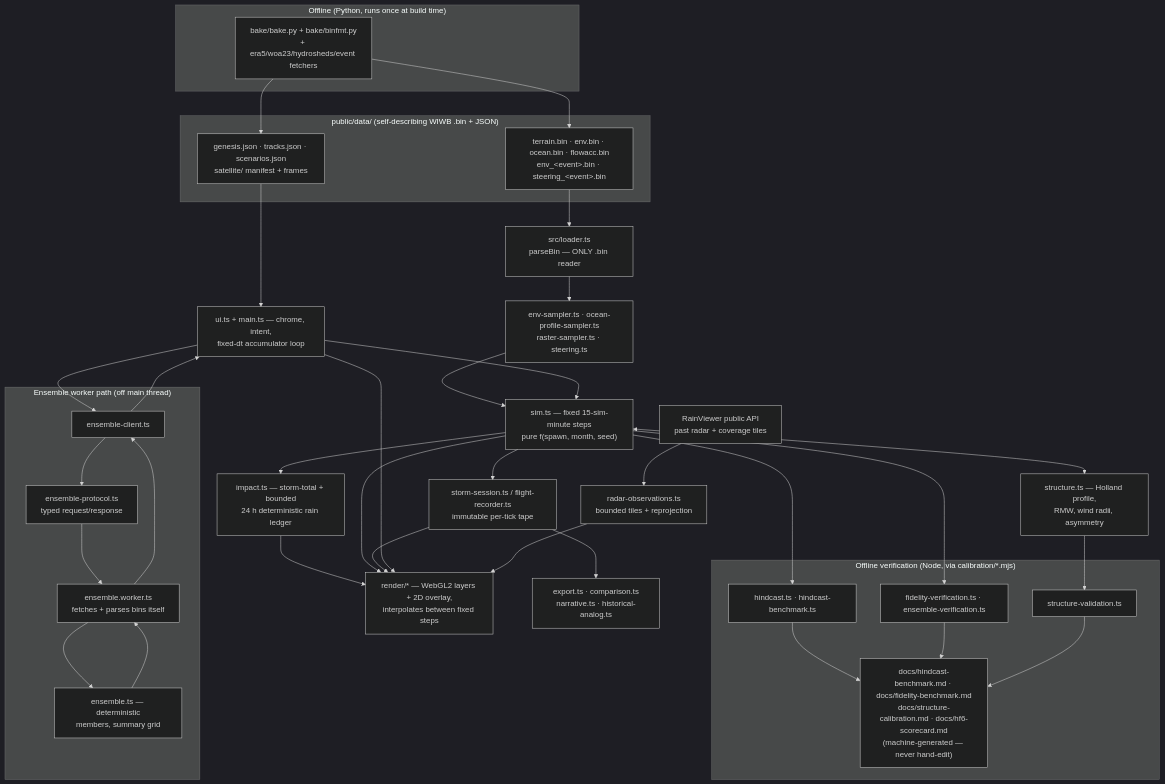
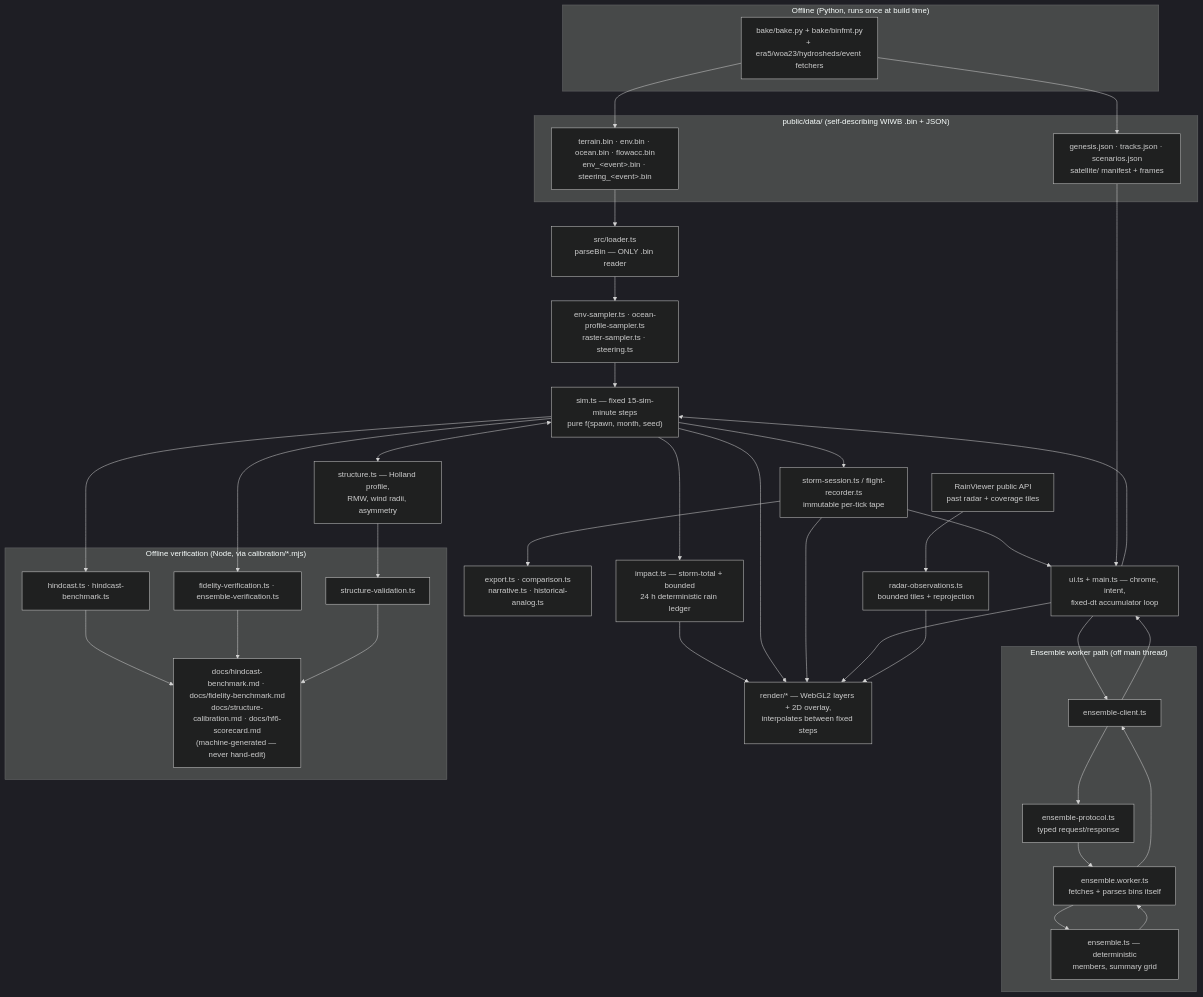
The diagram in docs/architecture.md (NasserAlbusaidi/wallah-its-windy), drawn with Mermaid (dark theme) before and after one commit. The commit also changed other lines of this file and 6 other files, not shown here.

````diff
--- a/docs/architecture.md
+++ b/docs/architecture.md
@@ -27,59 +27,60 @@
 ```mermaid
 flowchart TD
   subgraph offline["Offline (Python, runs once at build time)"]
     BAKE["bake/bake.py + bake/binfmt.py<br/>+ era5/woa23/hydrosheds/event fetchers"]
   end
 
   subgraph assets["public/data/ (self-describing WIWB .bin + JSON)"]
     BINS["terrain.bin · env.bin · ocean.bin · flowacc.bin<br/>env_&lt;event&gt;.bin · steering_&lt;event&gt;.bin"]
     JSONS["genesis.json · tracks.json · scenarios.json<br/>satellite/ manifest + frames"]
   end
 
   LOADER["src/loader.ts<br/>parseBin — ONLY .bin reader"]
   SAMPLERS["env-sampler.ts · ocean-profile-sampler.ts<br/>raster-sampler.ts · steering.ts"]
   SIM["sim.ts — fixed 15-sim-minute steps<br/>pure f(spawn, month, seed)"]
   STRUCT["structure.ts — Holland profile,<br/>RMW, wind radii, asymmetry"]
   TAPE["storm-session.ts / flight-recorder.ts<br/>immutable per-tick tape"]
   RENDER["render/* — WebGL2 layers + 2D overlay,<br/>interpolates between fixed steps"]
   UI["ui.ts + main.ts — chrome, intent,<br/>fixed-dt accumulator loop"]
   IMPACT["impact.ts — storm-total + bounded<br/>24 h deterministic rain ledger"]
   RADARAPI["RainViewer public API<br/>past radar + coverage tiles"]
   RADARBOUNDARY["radar-observations.ts<br/>bounded tiles + reprojection"]
   DOWNSTREAM["export.ts · comparison.ts<br/>narrative.ts · historical-analog.ts"]
 
   BAKE --> BINS
   BAKE --> JSONS
   BINS --> LOADER --> SAMPLERS --> SIM
   SIM <--> STRUCT
   SIM --> TAPE --> DOWNSTREAM
   SIM --> IMPACT
   IMPACT --> RENDER
   SIM --> RENDER
   TAPE --> RENDER
+  TAPE --> UI
   JSONS --> UI
   UI --> SIM
   UI --> RENDER
   RADARAPI --> RADARBOUNDARY --> RENDER
 
   subgraph worker["Ensemble worker path (off main thread)"]
     CLIENT["ensemble-client.ts"]
     PROTO["ensemble-protocol.ts<br/>typed request/response"]
     WORKER["ensemble.worker.ts<br/>fetches + parses bins itself"]
     ENS["ensemble.ts — deterministic<br/>members, summary grid"]
   end
   UI --> CLIENT --> PROTO --> WORKER --> ENS
   ENS --> WORKER --> CLIENT --> UI
 
   subgraph verify["Offline verification (Node, via calibration/*.mjs)"]
     HIND["hindcast.ts · hindcast-benchmark.ts"]
     FID["fidelity-verification.ts · ensemble-verification.ts"]
     SVAL["structure-validation.ts"]
     REPORTS["docs/hindcast-benchmark.md · docs/fidelity-benchmark.md<br/>docs/structure-calibration.md · docs/hf6-scorecard.md<br/>(machine-generated — never hand-edit)"]
   end
   SIM --> HIND
   SIM --> FID
   STRUCT --> SVAL
   HIND --> REPORTS
   FID --> REPORTS
   SVAL --> REPORTS
 ```
````
